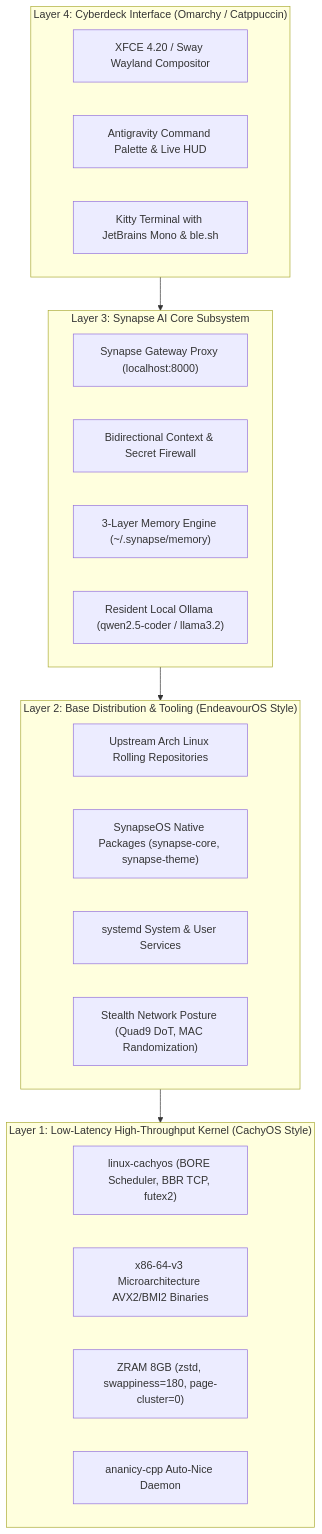
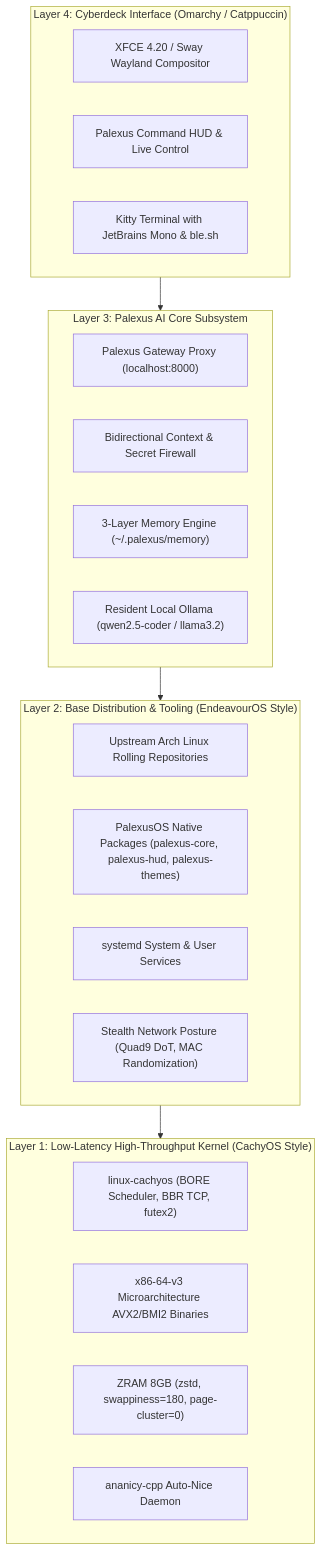
One commit to earnerbaymalay/palexusOS changed the diagram in docs/ARCHITECTURE.md. Above: the diagram before and after it, drawn with Mermaid. The commit also changed other lines of this file and 25 other files, not shown here.

````diff
--- a/docs/ARCHITECTURE.md
+++ b/docs/ARCHITECTURE.md
@@ -18,33 +18,33 @@
 ```mermaid
 flowchart TD
     subgraph UI ["Layer 4: Cyberdeck Interface (Omarchy / Catppuccin)"]
         W["XFCE 4.20 / Sway Wayland Compositor"]
-        P["Antigravity Command Palette & Live HUD"]
+        P["Palexus Command HUD & Live Control"]
         K["Kitty Terminal with JetBrains Mono & ble.sh"]
     end
 
-    subgraph AI ["Layer 3: Synapse AI Core Subsystem"]
-        GW["Synapse Gateway Proxy (localhost:8000)"]
+    subgraph AI ["Layer 3: Palexus AI Core Subsystem"]
+        GW["Palexus Gateway Proxy (localhost:8000)"]
         FW["Bidirectional Context & Secret Firewall"]
-        MEM["3-Layer Memory Engine (~/.synapse/memory)"]
+        MEM["3-Layer Memory Engine (~/.palexus/memory)"]
         LLM["Resident Local Ollama (qwen2.5-coder / llama3.2)"]
     end
 
     subgraph OS ["Layer 2: Base Distribution & Tooling (EndeavourOS Style)"]
         ARCH["Upstream Arch Linux Rolling Repositories"]
-        PKG["SynapseOS Native Packages (synapse-core, synapse-theme)"]
+        PKG["PalexusOS Native Packages (palexus-core, palexus-hud, palexus-themes)"]
         SYS["systemd System & User Services"]
         SEC["Stealth Network Posture (Quad9 DoT, MAC Randomization)"]
     end
 
     subgraph KERNEL ["Layer 1: Low-Latency High-Throughput Kernel (CachyOS Style)"]
         CK["linux-cachyos (BORE Scheduler, BBR TCP, futex2)"]
         OPT["x86-64-v3 Microarchitecture AVX2/BMI2 Binaries"]
         MEMT["ZRAM 8GB (zstd, swappiness=180, page-cluster=0)"]
         ANAN["ananicy-cpp Auto-Nice Daemon"]
     end
 
     UI --> AI
     AI --> OS
     OS --> KERNEL
 ```
````
